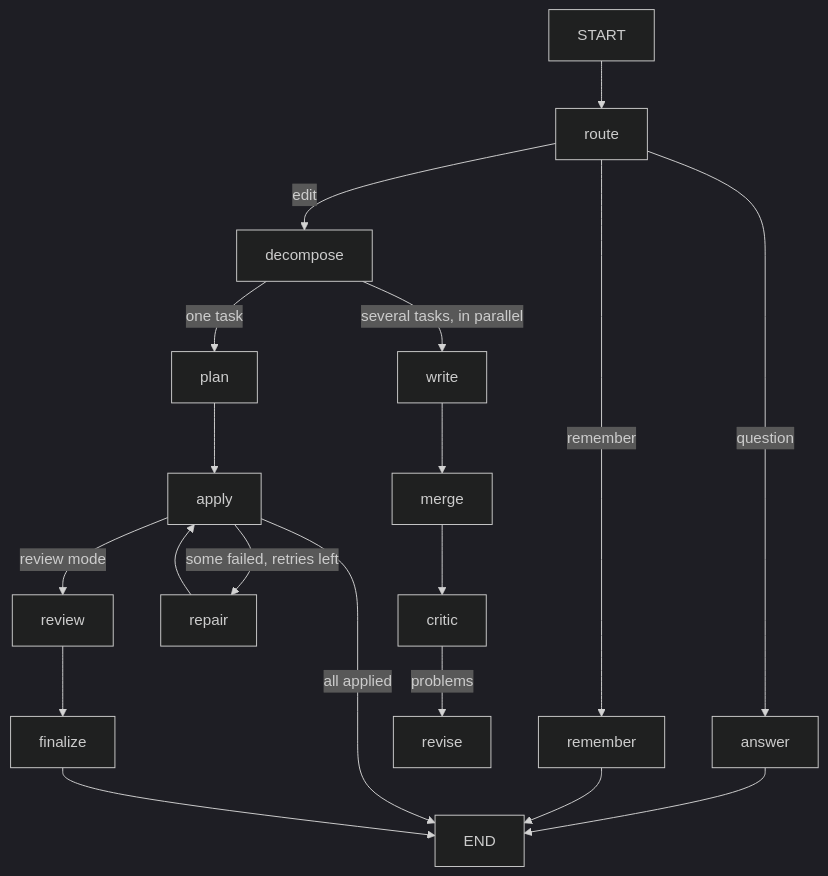
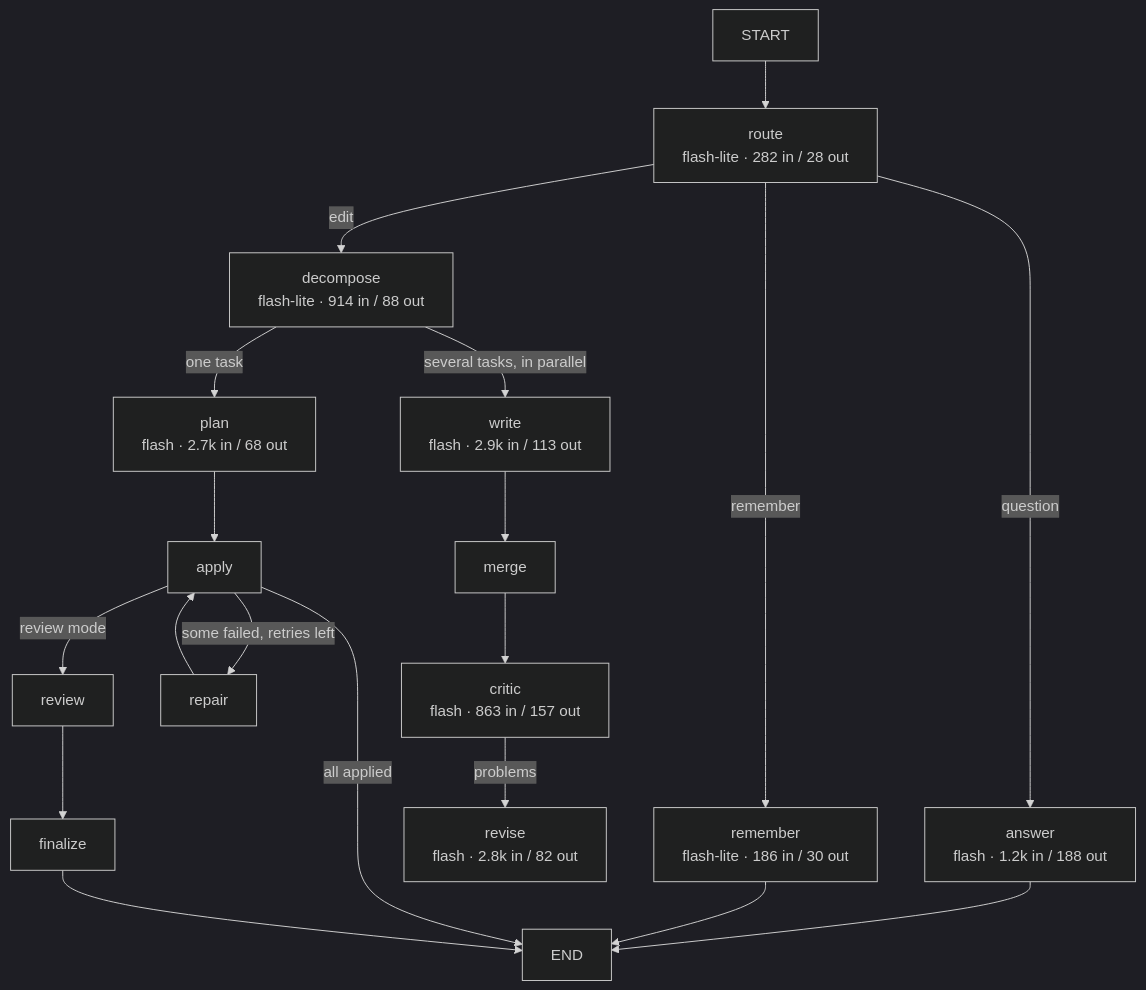
The second of 2 diagrams in README.md (MSommo/ResuMaker), drawn with Mermaid (dark theme) before and after one commit. The commit also changed other lines of this file and 5 other files, not shown here.

Commit message:
README agent diagram: model and token counts per node, measured by make eval-usage (#17)

````diff
--- a/README.md
+++ b/README.md
@@ -99,13 +100,13 @@
 ```mermaid
 graph TD;
-  START --> route;
-  route -->|question| answer --> END;
-  route -->|remember| remember --> END;
-  route -->|edit| decompose;
-  decompose -->|one task| plan --> apply;
-  decompose -->|several tasks, in parallel| write --> merge --> critic;
-  critic -->|problems| revise;
+  START --> route["route<br/>flash-lite · 282 in / 28 out"];
+  route -->|question| answer["answer<br/>flash · 1.2k in / 188 out"] --> END;
+  route -->|remember| remember["remember<br/>flash-lite · 186 in / 30 out"] --> END;
+  route -->|edit| decompose["decompose<br/>flash-lite · 914 in / 88 out"];
+  decompose -->|one task| plan["plan<br/>flash · 2.7k in / 68 out"] --> apply["apply"];
+  decompose -->|several tasks, in parallel| write["write<br/>flash · 2.9k in / 113 out"] --> merge["merge"] --> critic["critic<br/>flash · 863 in / 157 out"];
+  critic -->|problems| revise["revise<br/>flash · 2.8k in / 82 out"];
   apply -->|all applied| END;
-  apply -->|some failed, retries left| repair --> apply;
-  apply -->|review mode| review --> finalize --> END;
+  apply -->|some failed, retries left| repair["repair"] --> apply;
+  apply -->|review mode| review["review"] --> finalize["finalize"] --> END;
 ```
````
